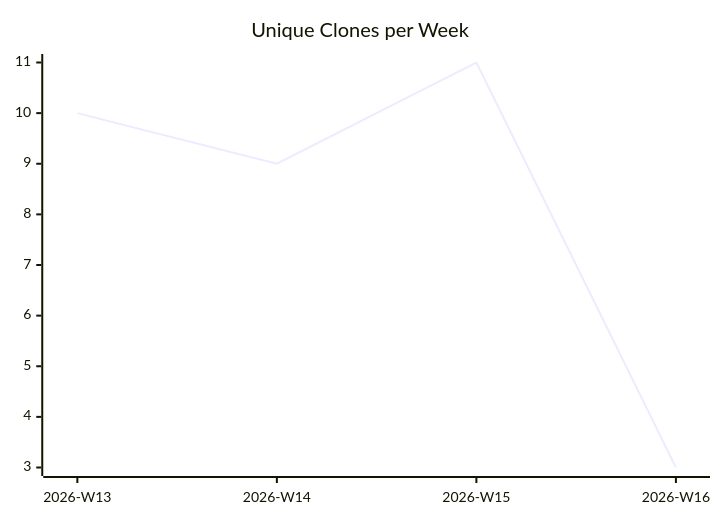
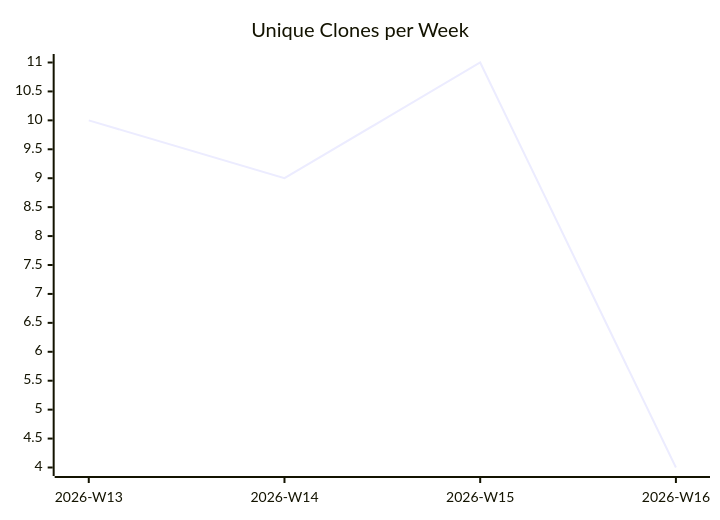
One commit to justdavis-family/github-analytics-data changed the third of 3 diagrams in karlmdavis/usgs-water-api-java/README.md. Above: the diagram before and after it, drawn with Mermaid. The commit also changed other lines of this file and 176 other files, not shown here.

````diff
--- a/karlmdavis/usgs-water-api-java/README.md
+++ b/karlmdavis/usgs-water-api-java/README.md
@@ -19,6 +19,6 @@
 ```mermaid
 xychart-beta
   title "Unique Clones per Week"
   x-axis ["2026-W13", "2026-W14", "2026-W15", "2026-W16"]
-  line [10, 9, 11, 3]
+  line [10, 9, 11, 4]
 ```
````
